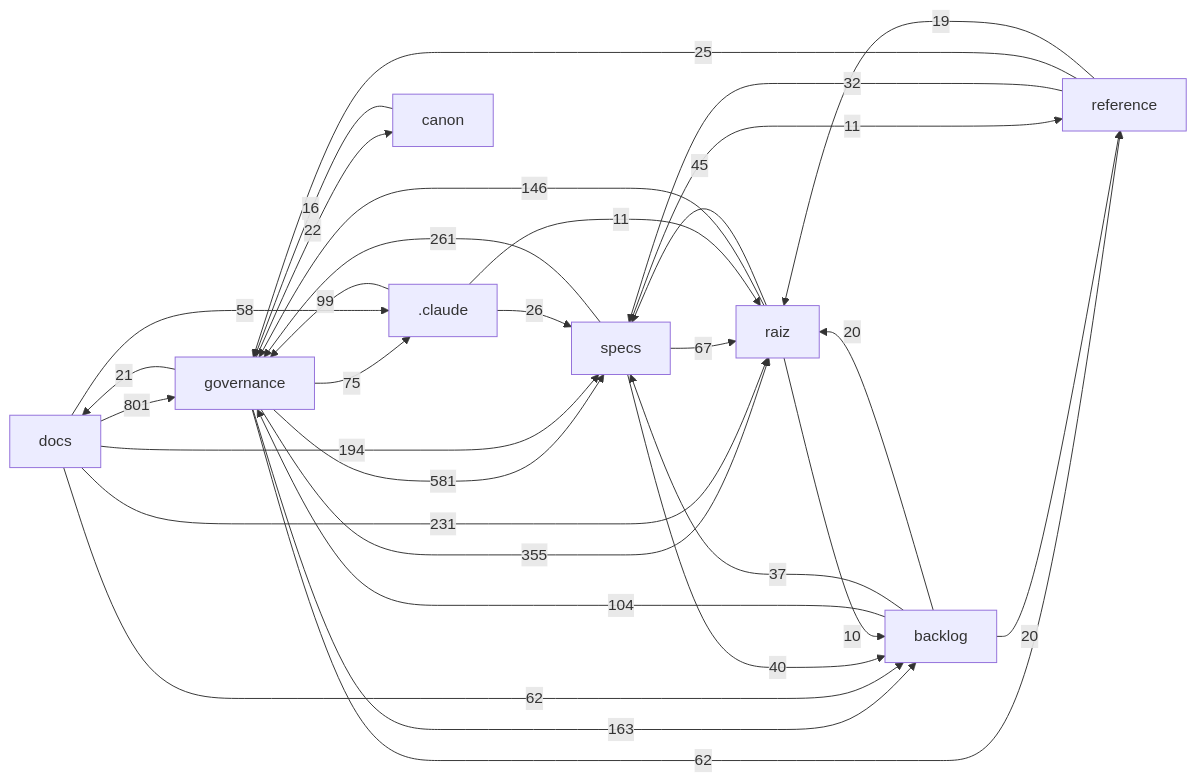
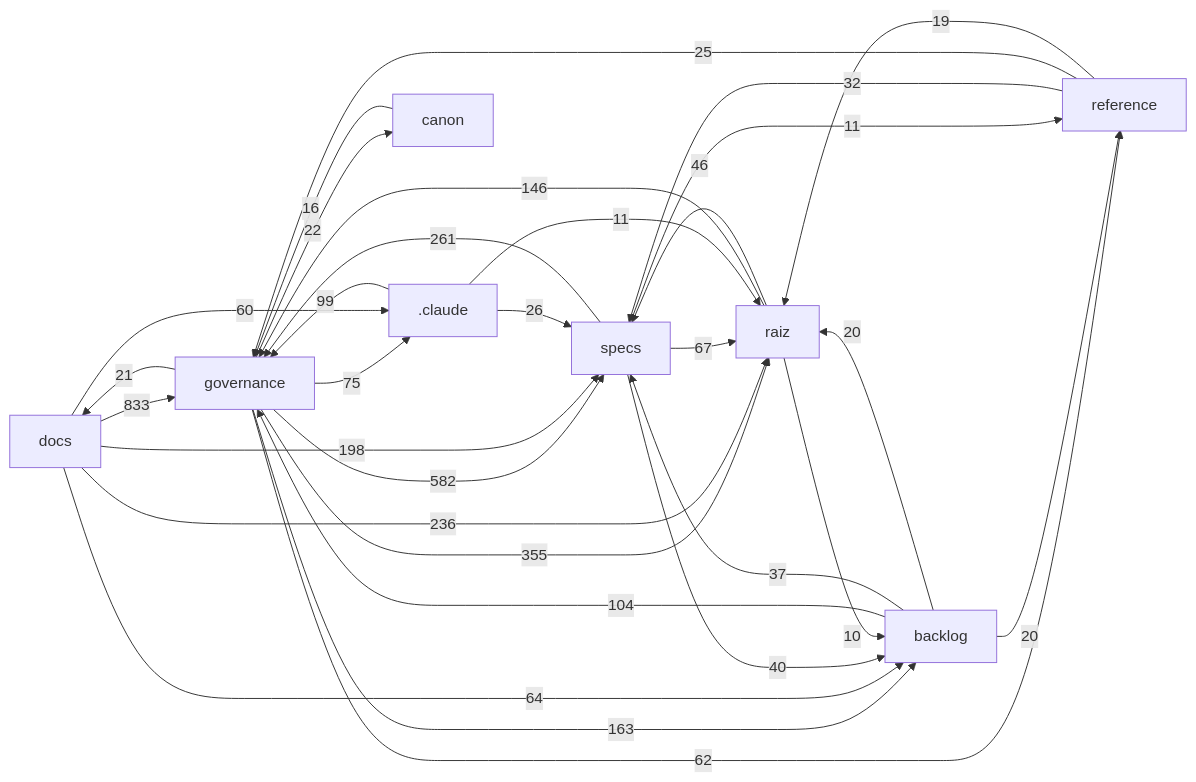
One commit to Andraus35/Sistema-Operacional-de-Trading--SOT changed the diagram in docs/mapa/MAPA-PROJETO.md. Above: the diagram before and after it, drawn with Mermaid. The commit also changed other lines of this file and 4 other files, not shown here.

````diff
--- a/docs/mapa/MAPA-PROJETO.md
+++ b/docs/mapa/MAPA-PROJETO.md
@@ -29,33 +29,33 @@
 ```mermaid
 flowchart LR
-  docs["docs"] -->|801| governance["governance"]
-  governance["governance"] -->|581| specs["specs"]
+  docs["docs"] -->|833| governance["governance"]
+  governance["governance"] -->|582| specs["specs"]
   governance["governance"] -->|355| raiz["raiz"]
   specs["specs"] -->|261| governance["governance"]
-  docs["docs"] -->|231| raiz["raiz"]
-  docs["docs"] -->|194| specs["specs"]
+  docs["docs"] -->|236| raiz["raiz"]
+  docs["docs"] -->|198| specs["specs"]
   governance["governance"] -->|163| backlog["backlog"]
   raiz["raiz"] -->|146| governance["governance"]
   backlog["backlog"] -->|104| governance["governance"]
   _claude[".claude"] -->|99| governance["governance"]
   governance["governance"] -->|75| _claude[".claude"]
   specs["specs"] -->|67| raiz["raiz"]
-  docs["docs"] -->|62| backlog["backlog"]
+  docs["docs"] -->|64| backlog["backlog"]
   governance["governance"] -->|62| reference["reference"]
-  docs["docs"] -->|58| _claude[".claude"]
-  raiz["raiz"] -->|45| specs["specs"]
+  docs["docs"] -->|60| _claude[".claude"]
+  raiz["raiz"] -->|46| specs["specs"]
   specs["specs"] -->|40| backlog["backlog"]
   backlog["backlog"] -->|37| specs["specs"]
   reference["reference"] -->|32| specs["specs"]
   _claude[".claude"] -->|26| specs["specs"]
   reference["reference"] -->|25| governance["governance"]
   governance["governance"] -->|22| canon["canon"]
   governance["governance"] -->|21| docs["docs"]
   backlog["backlog"] -->|20| raiz["raiz"]
   backlog["backlog"] -->|20| reference["reference"]
   reference["reference"] -->|19| raiz["raiz"]
   canon["canon"] -->|16| governance["governance"]
   _claude[".claude"] -->|11| raiz["raiz"]
   specs["specs"] -->|11| reference["reference"]
   raiz["raiz"] -->|10| backlog["backlog"]
 ```
````
